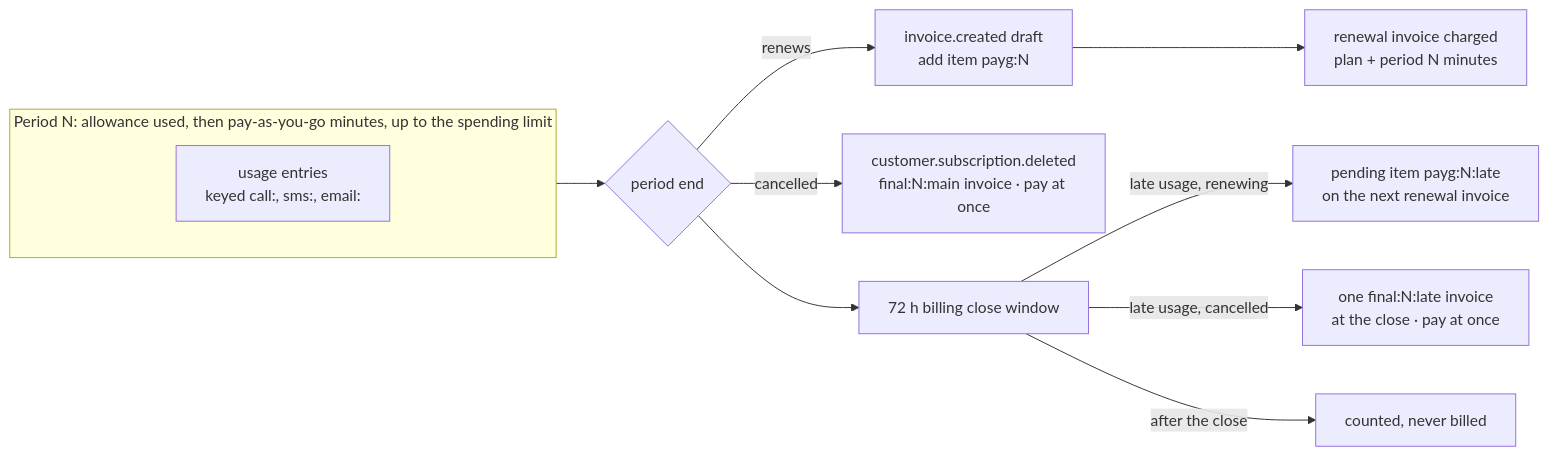
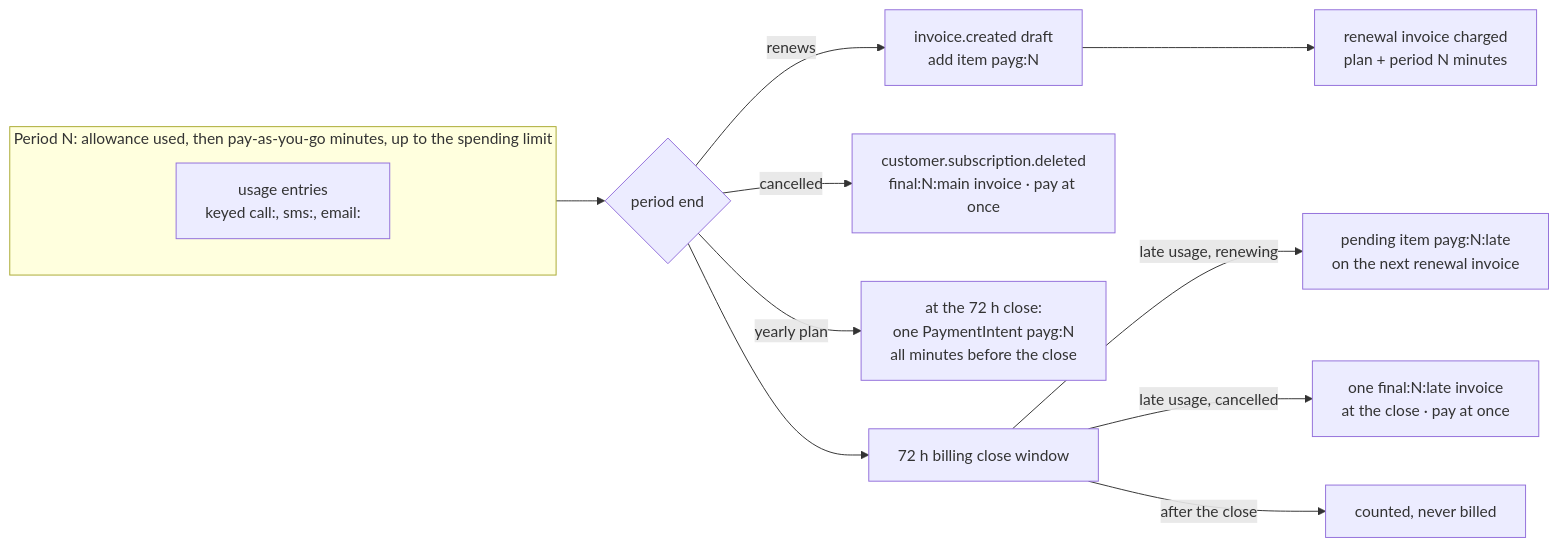
Diagram 13 of 22 in docs/PAYMENTS_ARCHITECTURE.md (singhdhruv525-source/Zella-AI), drawn with Mermaid before and after one commit. The commit also changed other lines of this file and 3 other files, not shown here.

````diff
--- a/docs/PAYMENTS_ARCHITECTURE.md
+++ b/docs/PAYMENTS_ARCHITECTURE.md
@@ -512,13 +519,14 @@
 ```mermaid
 flowchart LR
   subgraph P[Period N: allowance used, then pay-as-you-go minutes, up to the spending limit]
     u1[usage entries<br/>keyed call:, sms:, email:]
   end
   P --> E{period end}
   E -- renews --> R[invoice.created draft<br/>add item payg:N] --> RP[renewal invoice charged<br/>plan + period N minutes]
   E -- cancelled --> F[customer.subscription.deleted<br/>final:N:main invoice · pay at once]
+  E -- yearly plan --> Y[at the 72 h close:<br/>one PaymentIntent payg:N<br/>all minutes before the close]
   E --> W[72 h billing close window]
   W -- late usage, renewing --> L1[pending item payg:N:late<br/>on the next renewal invoice]
   W -- late usage, cancelled --> L2[one final:N:late invoice<br/>at the close · pay at once]
   W -- after the close --> X[counted, never billed]
 ```
````
